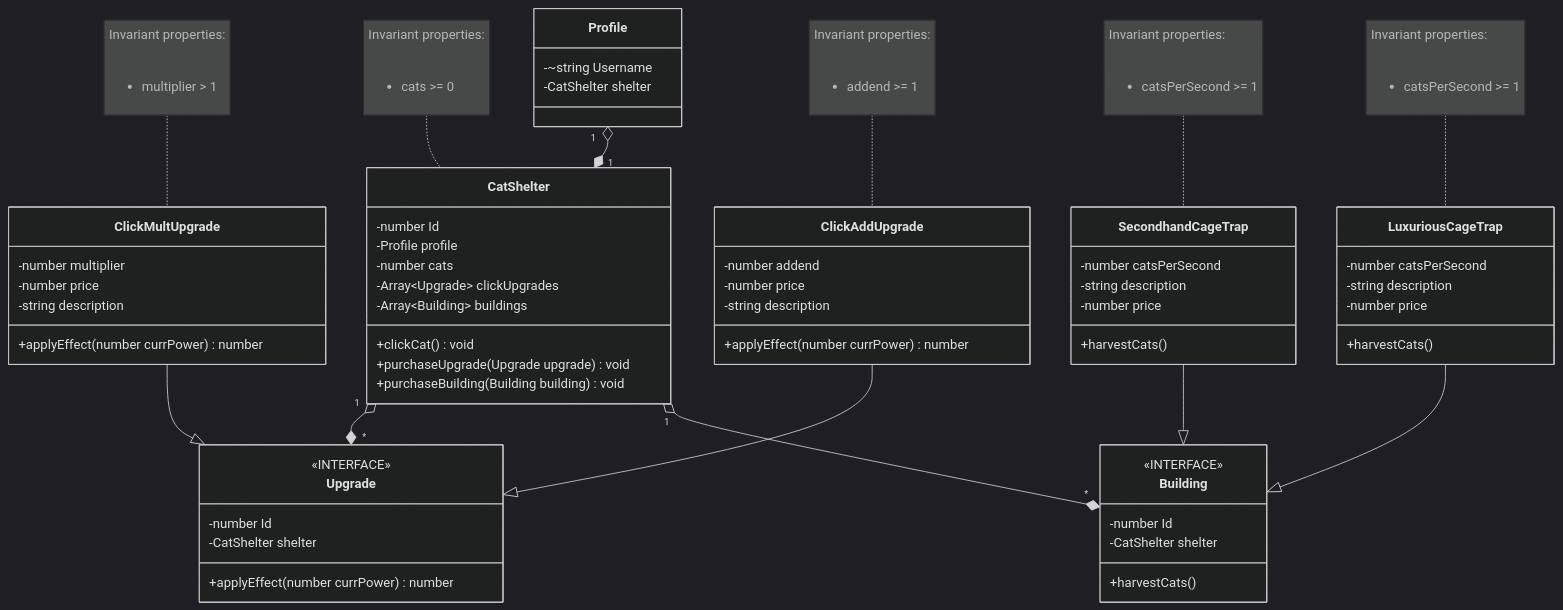
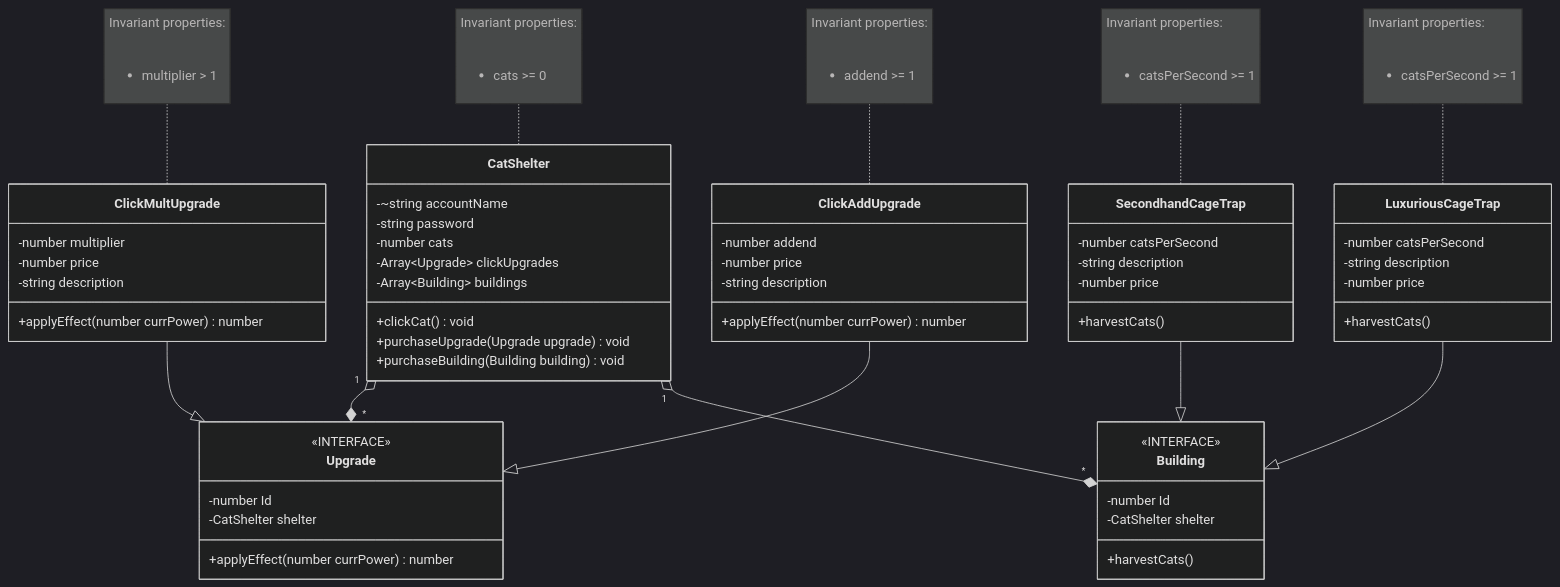
One commit to AndM-55/clicker-game changed the diagram in domain.md. Above: the diagram before and after it, drawn with Mermaid (dark theme). The commit also changed other lines of this file and 4 other files, not shown here.

````diff
--- a/domain.md
+++ b/domain.md
@@ -9,15 +9,9 @@
 ```mermaid
 classDiagram
 
-    class Profile {
-        -~string Username
-        -CatShelter shelter
-    }
-    Profile "1" o--* "1" CatShelter
-
     class CatShelter {
-        -number Id
-        -Profile profile
+        -~string accountName
+        -string password
         -number cats
         -Array~Upgrade~ clickUpgrades
         -Array~Building~ buildings
````
